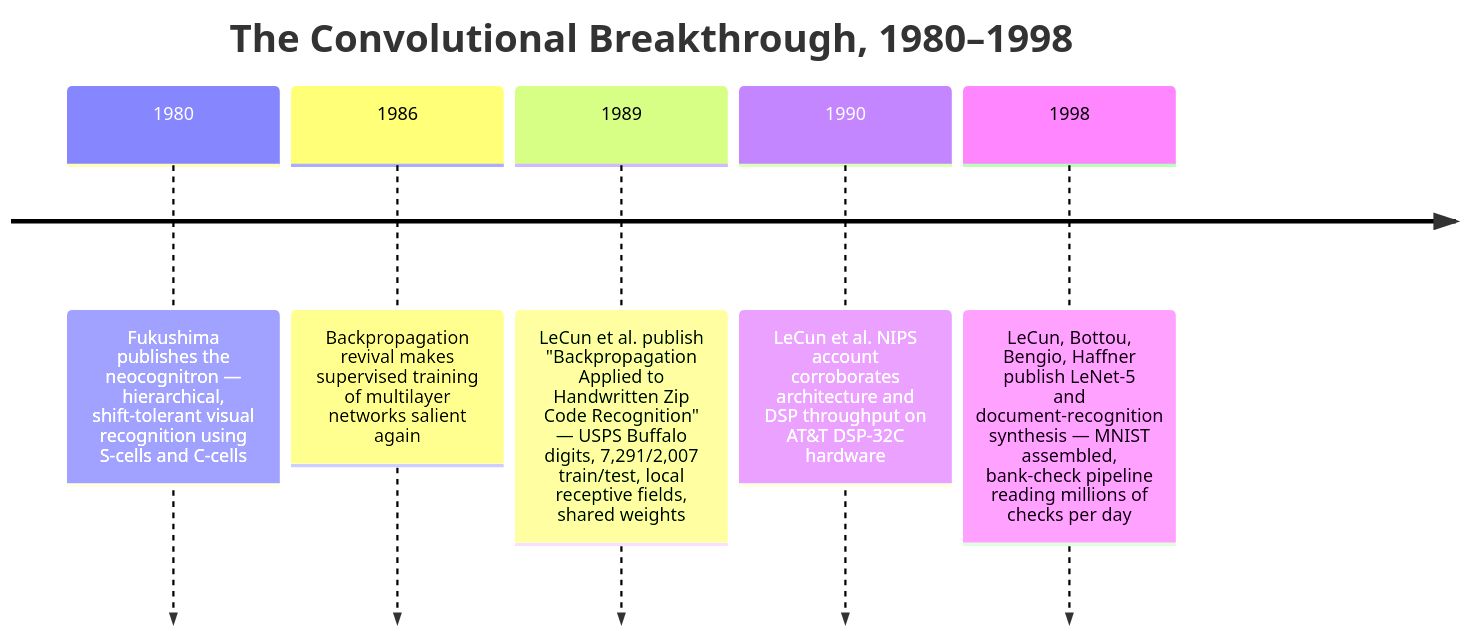
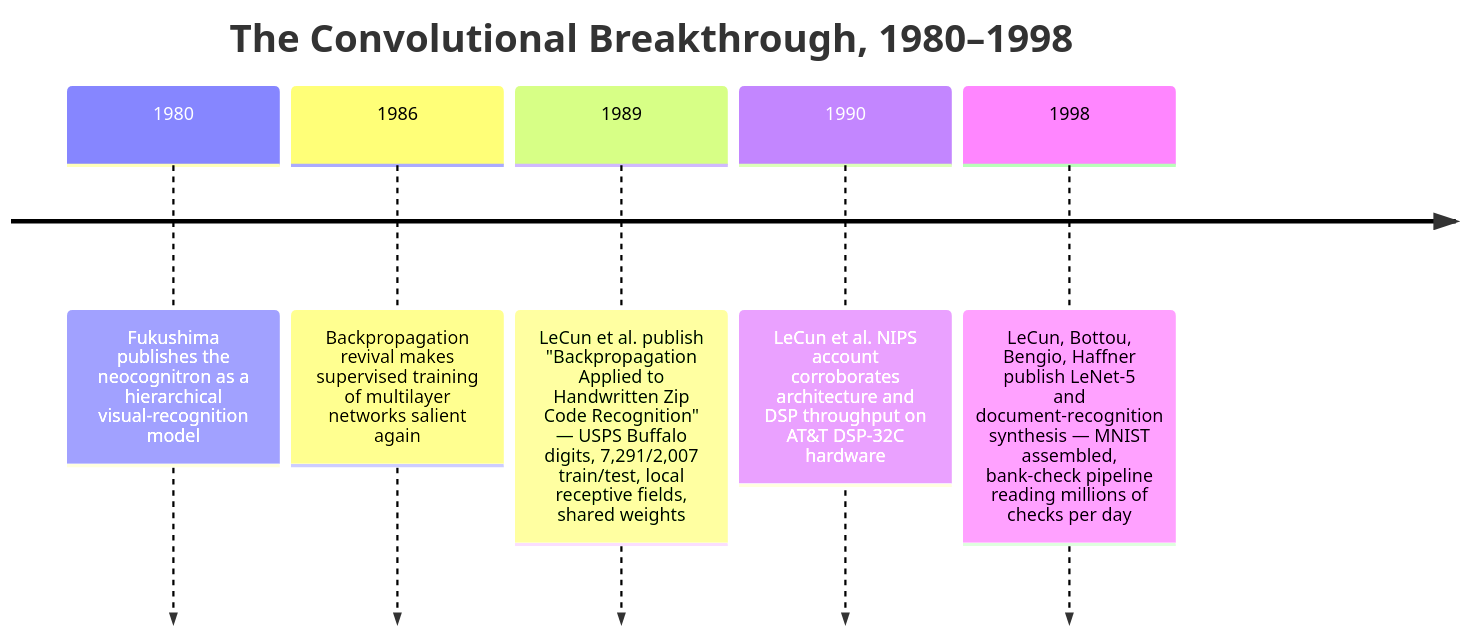
Before and after one commit to kube-dojo/kube-dojo: the diagram in src/content/docs/ai-history/ch-27-the-convolutional-breakthrough.md, drawn with Mermaid. The commit also changed other lines of this file and 2 other files, not shown here.

````diff
--- a/src/content/docs/ai-history/ch-27-the-convolutional-breakthrough.md
+++ b/src/content/docs/ai-history/ch-27-the-convolutional-breakthrough.md
@@ -30,9 +30,9 @@
 ```mermaid
 timeline
     title The Convolutional Breakthrough, 1980–1998
-    1980 : Fukushima publishes the neocognitron — hierarchical, shift-tolerant visual recognition using S-cells and C-cells
+    1980 : Fukushima publishes the neocognitron as a hierarchical visual-recognition model
     1986 : Backpropagation revival makes supervised training of multilayer networks salient again
     1989 : LeCun et al. publish "Backpropagation Applied to Handwritten Zip Code Recognition" — USPS Buffalo digits, 7,291/2,007 train/test, local receptive fields, shared weights
     1990 : LeCun et al. NIPS account corroborates architecture and DSP throughput on AT&T DSP-32C hardware
     1998 : LeCun, Bottou, Bengio, Haffner publish LeNet-5 and document-recognition synthesis — MNIST assembled, bank-check pipeline reading millions of checks per day
 ```
````
